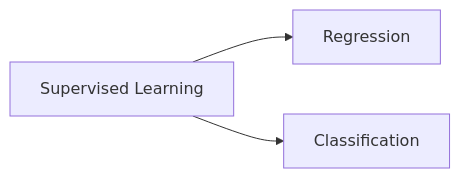
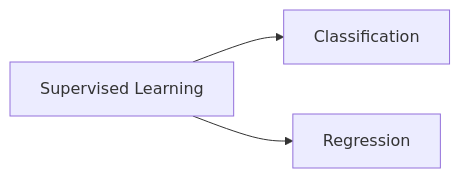
Before and after one commit to mciwing/mciwing.github.io: the first of 4 diagrams in docs/data-science/algorithms/index.md, drawn with Mermaid. The commit also changed other lines of this file, not shown here.

````diff
--- a/docs/data-science/algorithms/index.md
+++ b/docs/data-science/algorithms/index.md
@@ -72,5 +70,5 @@
 ``` mermaid
 graph LR
-  A[Supervised Learning] --> B[Regression];
-  A --> C[Classification];
+  A[Supervised Learning] --> B[Classification];
+  A --> C[Regression];
 ```
````
